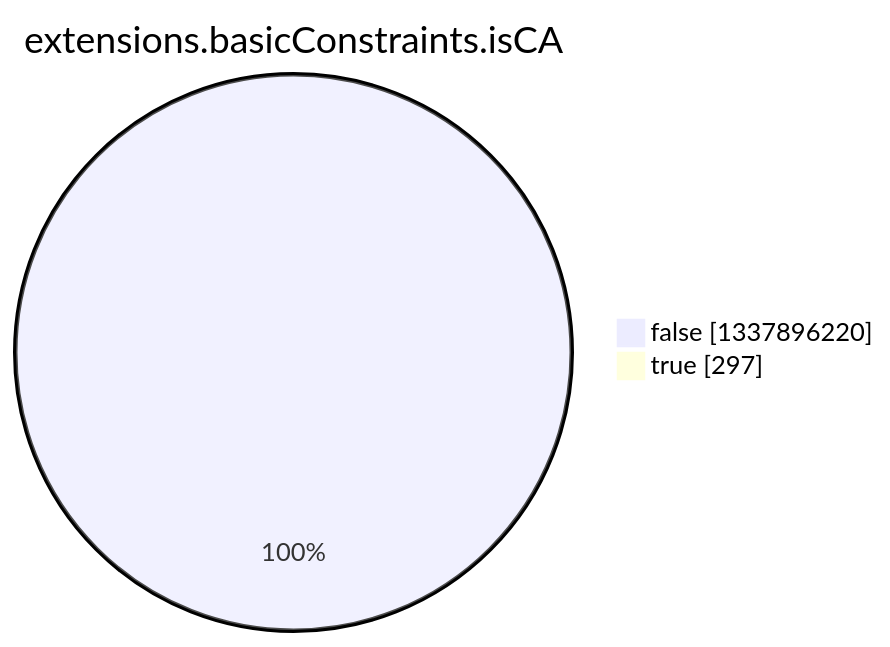
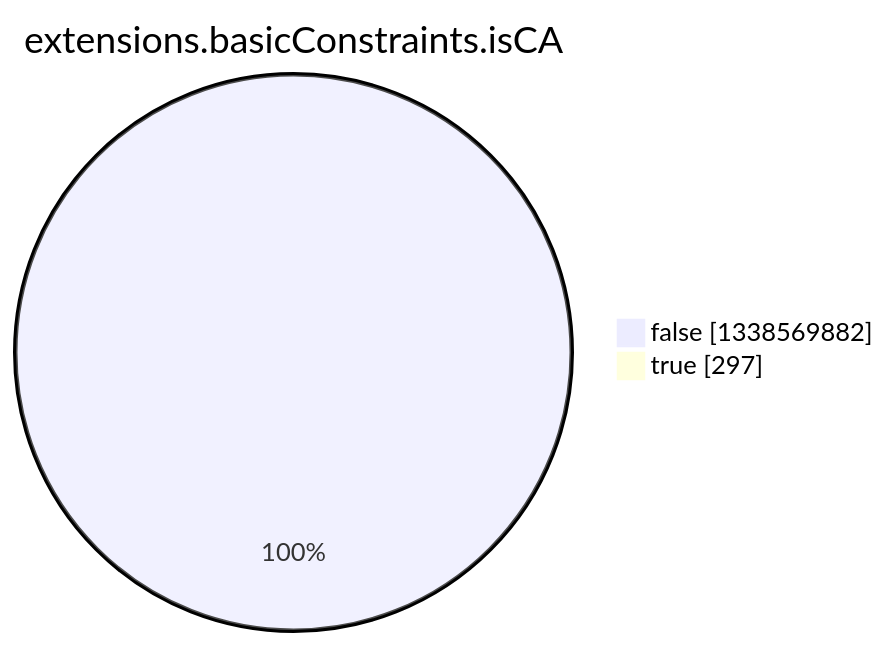
The eighth of 15 diagrams in argon2022/README.md (christiankrug/ctmonitor_visualization), drawn with Mermaid before and after one commit. The commit also changed other lines of this file, not shown here.

````diff
--- a/argon2022/README.md
+++ b/argon2022/README.md
@@ -2758,6 +2758,6 @@
 ```mermaid
 pie showData
 title extensions.basicConstraints.isCA
-"false" :1337896220
+"false" :1338569882
 "true" :297
 ```
````
